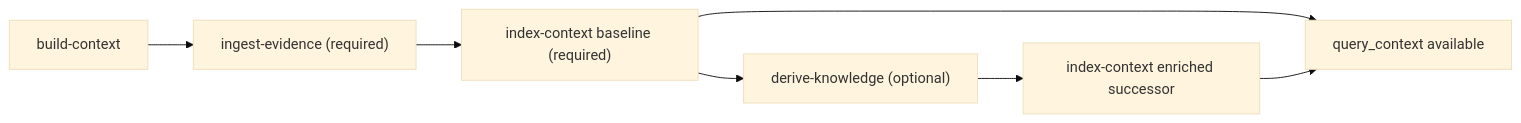
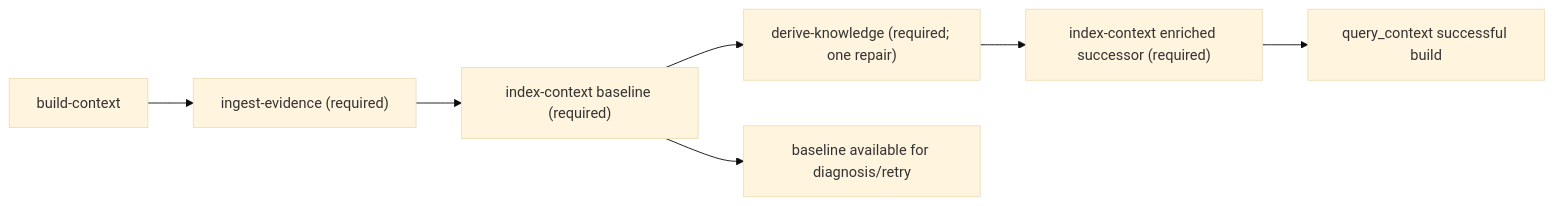
One commit to keon/jina-context-wiki-e2e-20260808 changed the second of 9 diagrams in docs/SEQUENCE_DIAGRAM.md. Above: the diagram before and after it, drawn with Mermaid (base theme). The commit also changed other lines of this file and 6 other files, not shown here.

````diff
--- a/docs/SEQUENCE_DIAGRAM.md
+++ b/docs/SEQUENCE_DIAGRAM.md
@@ -31,9 +31,9 @@
 ```mermaid
 flowchart LR
     B["build-context"] --> I["ingest-evidence (required)"]
     I --> X["index-context baseline (required)"]
-    X --> K["derive-knowledge (optional)"]
-    K --> E["index-context enriched successor"]
-    X --> Q["query_context available"]
-    E --> Q
+    X --> K["derive-knowledge (required; one repair)"]
+    K --> E["index-context enriched successor (required)"]
+    X --> D["baseline available for diagnosis/retry"]
+    E --> Q["query_context successful build"]
 ```
````
